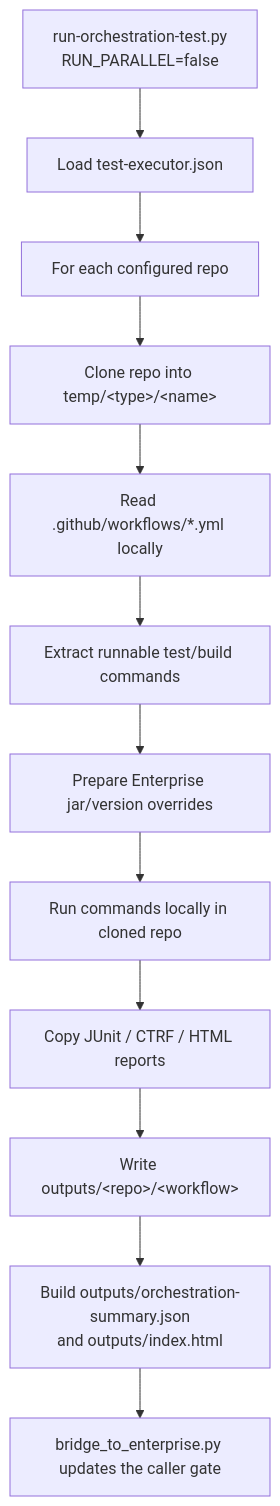
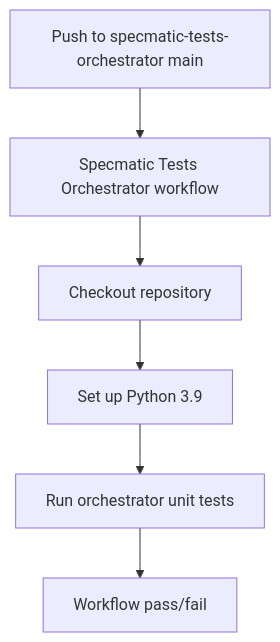
The second of 3 diagrams in README.md (specmatic/specmatic-tests-orchestrator), drawn with Mermaid before and after one commit. The commit also changed other lines of this file and 7 other files, not shown here.

First line of the commit message:
Refactor orchestration test script and update test cases

````diff
--- a/README.md
+++ b/README.md
@@ -100,14 +62,8 @@
 ```mermaid
 flowchart TD
-  A["run-orchestration-test.py<br/>RUN_PARALLEL=false"] --> B["Load test-executor.json"]
-  B --> C["For each configured repo"]
-  C --> D["Clone repo into temp/&lt;type&gt;/&lt;name&gt;"]
-  D --> E["Read .github/workflows/*.yml locally"]
-  E --> F["Extract runnable test/build commands"]
-  F --> G["Prepare Enterprise jar/version overrides"]
-  G --> H["Run commands locally in cloned repo"]
-  H --> I["Copy JUnit / CTRF / HTML reports"]
-  I --> J["Write outputs/&lt;repo&gt;/&lt;workflow&gt;"]
-  J --> K["Build outputs/orchestration-summary.json<br/>and outputs/index.html"]
-  K --> L["bridge_to_enterprise.py updates the caller gate"]
+  A["Push to specmatic-tests-orchestrator main"] --> B["Specmatic Tests Orchestrator workflow"]
+  B --> C["Checkout repository"]
+  C --> D["Set up Python 3.9"]
+  D --> E["Run orchestrator unit tests"]
+  E --> F["Workflow pass/fail"]
 ```
````
